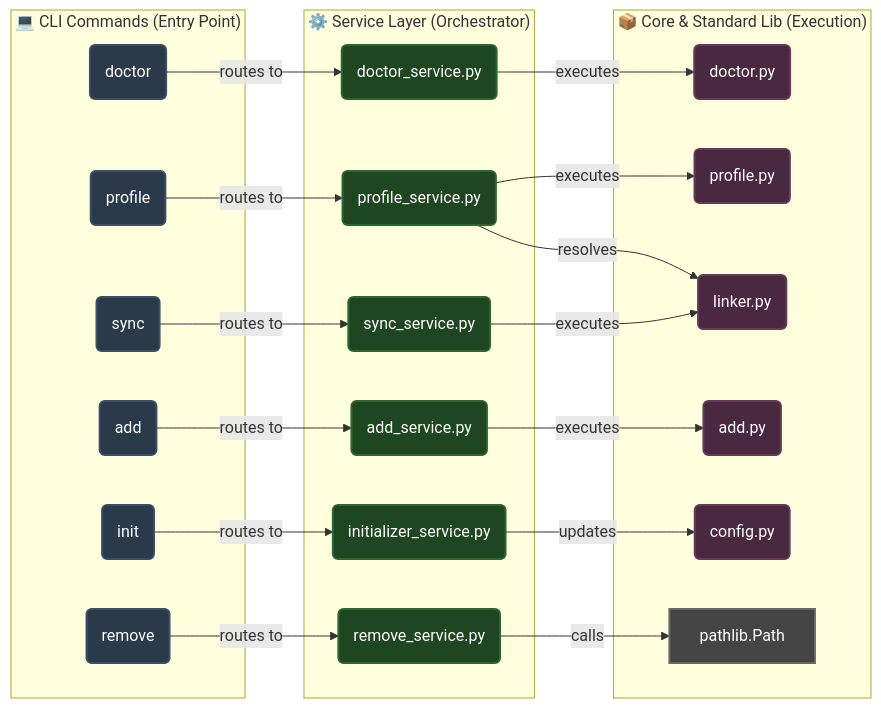
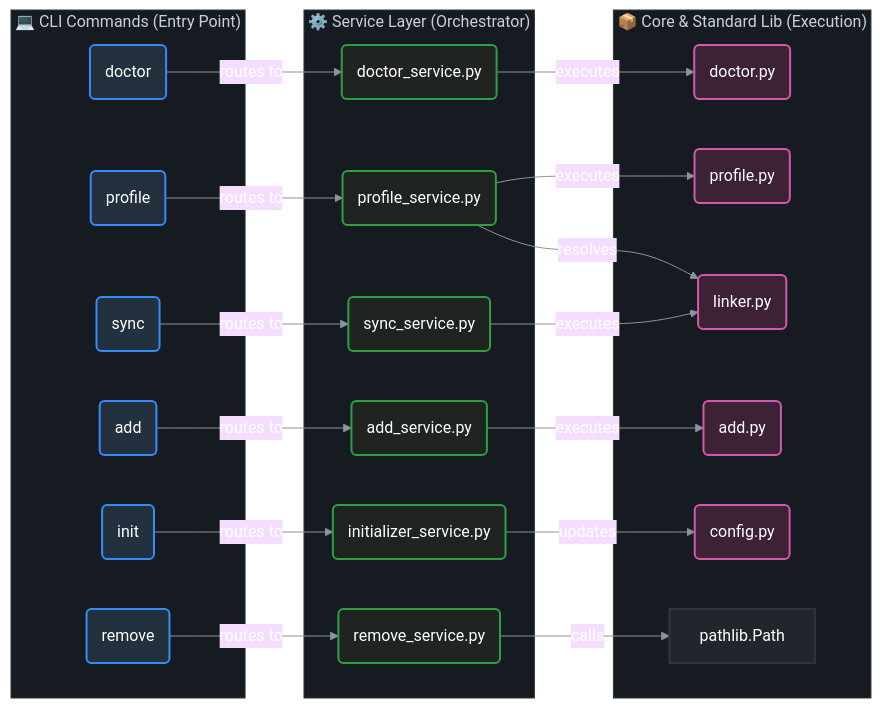
Before and after one commit to aditya-jodha/dotman: the second of 3 diagrams in ARCHITECTURE.md, drawn with Mermaid. The commit also changed other lines of this file and 2 other files, not shown here.

Commit message:
chore(build): reorganize pyproject and improve documentation

````diff
--- a/ARCHITECTURE.md
+++ b/ARCHITECTURE.md
@@ -64,58 +63,58 @@
 ```mermaid
+    %%{init: {'theme': 'base', 'themeVariables': { 'background': '#0d1117', 'primaryTextColor': '#fff', 'lineColor': '#8b949e' }}}%%
     flowchart LR
-    %% Styling Definitions
-    classDef cliNode fill:#2b3a4a,stroke:#3a4f66,stroke-width:2px,color:#fff;
-    classDef serviceNode fill:#1e4620,stroke:#2d6630,stroke-width:2px,color:#fff;
-    classDef coreNode fill:#4a2840,stroke:#663859,stroke-width:2px,color:#fff;
-    classDef stdLib fill:#444,stroke:#666,stroke-width:2px,color:#fff;
+        %% Styling Definitions
+        classDef cliNode fill:#23303e,stroke:#388bfd,stroke-width:2px,color:#fff;
+        classDef serviceNode fill:#1f2421,stroke:#2ea043,stroke-width:2px,color:#fff;
+        classDef coreNode fill:#3c2234,stroke:#d359ac,stroke-width:2px,color:#fff;
+        classDef stdLib fill:#21262d,stroke:#30363d,stroke-width:2px,color:#fff;
 
-    %% 1. CLI Layer (User Entry Point)
-    subgraph CLI_Zone ["💻 CLI Commands (Entry Point)"]
-        CLI_Doctor(doctor)
-        CLI_Profile(profile)
-        CLI_Add(add)
-        CLI_Remove(remove)
-        CLI_Sync(sync)
-        CLI_Init(init)
-    end
-    class CLI_Doctor,CLI_Profile,CLI_Add,CLI_Remove,CLI_Sync,CLI_Init cliNode;
+        %% Subgraph Styling
+        style CLI_Zone fill:#161b22,stroke:#30363d,stroke-width:1px,color:#c9d1d9;
+        style Service_Zone fill:#161b22,stroke:#30363d,stroke-width:1px,color:#c9d1d9;
+        style Core_Zone fill:#161b22,stroke:#30363d,stroke-width:1px,color:#c9d1d9;
 
-    %% 2. Service Layer (Orchestration Engine)
-    subgraph Service_Zone ["⚙️ Service Layer (Orchestrator)"]
-        doctor_srv(doctor_service.py)
-        profile_srv(profile_service.py)
-        add_srv(add_service.py)
-        remove_srv(remove_service.py)
-        sync_srv(sync_service.py)
-        init_srv(initializer_service.py)
-    end
-    class doctor_srv,profile_srv,add_srv,remove_srv,sync_srv,init_srv serviceNode;
+        %% 1. CLI Layer (User Entry Point)
+        subgraph CLI_Zone ["💻 CLI Commands (Entry Point)"]
+            CLI_Doctor(doctor)
+            CLI_Profile(profile)
+            CLI_Add(add)
+            CLI_Remove(remove)
+            CLI_Sync(sync)
+            CLI_Init(init)
+        end
+        class CLI_Doctor,CLI_Profile,CLI_Add,CLI_Remove,CLI_Sync,CLI_Init cliNode;
 
-    %% 3. Core & Dependencies Layer (Execution Targets)
-    subgraph Core_Zone ["📦 Core & Standard Lib (Execution)"]
-        doctor_core(doctor.py)
-        profile_core(profile.py)
-        linker_core(linker.py)
-        add_core(add.py)
-        config_core(config.py)
-        pathlib_std[pathlib.Path]
-    end
-    class doctor_core,profile_core,linker_core,add_core,config_core coreNode;
-    class pathlib_std stdLib;
+        %% 2. Service Layer (Orchestration Engine)
+        subgraph Service_Zone ["⚙️ Service Layer (Orchestrator)"]
+            doctor_srv(doctor_service.py)
+            profile_srv(profile_service.py)
+            add_srv(add_service.py)
+            remove_srv(remove_service.py)
+            sync_srv(sync_service.py)
+            init_srv(initializer_service.py)
+        end
+        class doctor_srv,profile_srv,add_srv,remove_srv,sync_srv,init_srv serviceNode;
 
-    %% --- Corrected Connection Flow ---
-    %% CLI triggers the Orchestrator, which delegates to Core
-    CLI_Doctor  -->|routes to| doctor_srv  -->|executes| doctor_core
-    
-    CLI_Profile -->|routes to| profile_srv -->|executes| profile_core
-    profile_srv -->|resolves| linker_core
-    
-    CLI_Add     -->|routes to| add_srv     -->|executes| add_core
-    
-    CLI_Remove  -->|routes to| remove_srv  -->|calls| pathlib_std
-    
-    CLI_Sync    -->|routes to| sync_srv    -->|executes| linker_core
-    
-    CLI_Init    -->|routes to| init_srv    -->|updates| config_core
+        %% 3. Core & Dependencies Layer (Execution Targets)
+        subgraph Core_Zone ["📦 Core & Standard Lib (Execution)"]
+            doctor_core(doctor.py)
+            profile_core(profile.py)
+            linker_core(linker.py)
+            add_core(add.py)
+            config_core(config.py)
+            pathlib_std[pathlib.Path]
+        end
+        class doctor_core,profile_core,linker_core,add_core,config_core coreNode;
+        class pathlib_std stdLib;
+
+        %% --- Corrected Connection Flow ---
+        CLI_Doctor  -->|routes to| doctor_srv  -->|executes| doctor_core
+        CLI_Profile -->|routes to| profile_srv -->|executes| profile_core
+        profile_srv -->|resolves| linker_core
+        CLI_Add     -->|routes to| add_srv     -->|executes| add_core
+        CLI_Remove  -->|routes to| remove_srv  -->|calls| pathlib_std
+        CLI_Sync    -->|routes to| sync_srv    -->|executes| linker_core
+        CLI_Init    -->|routes to| init_srv    -->|updates| config_core
 
 ```
````
